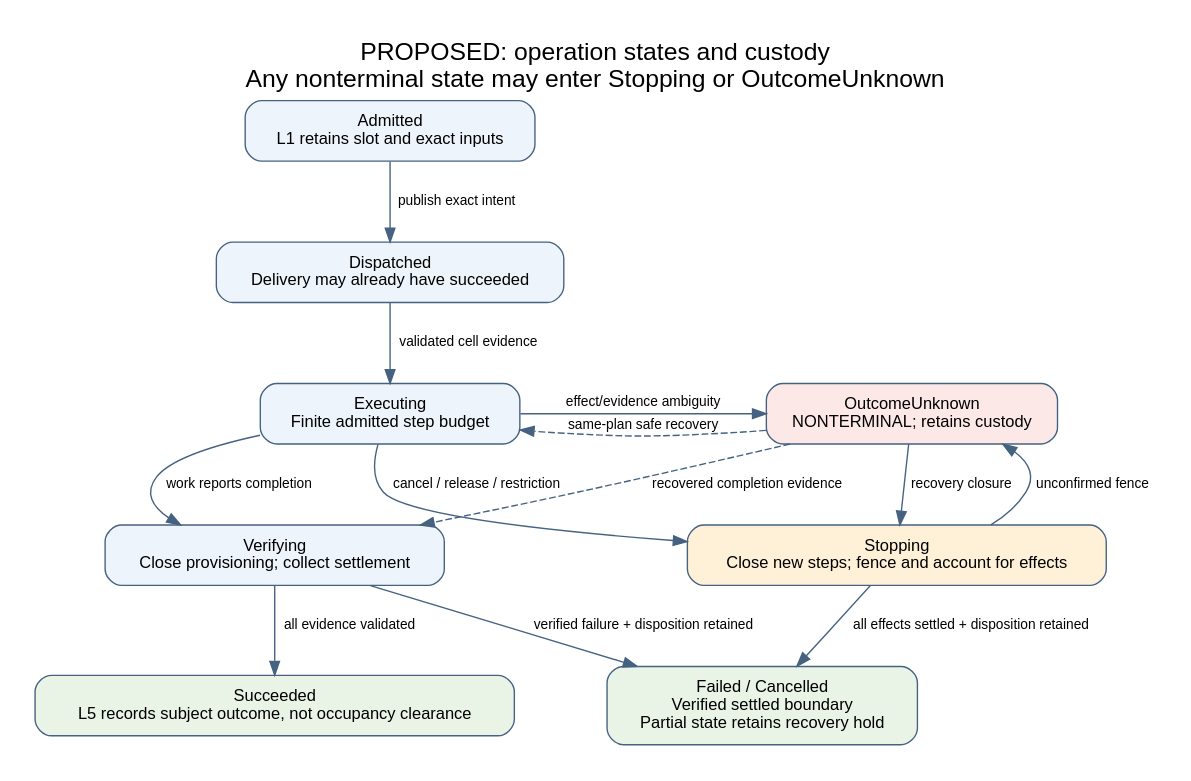
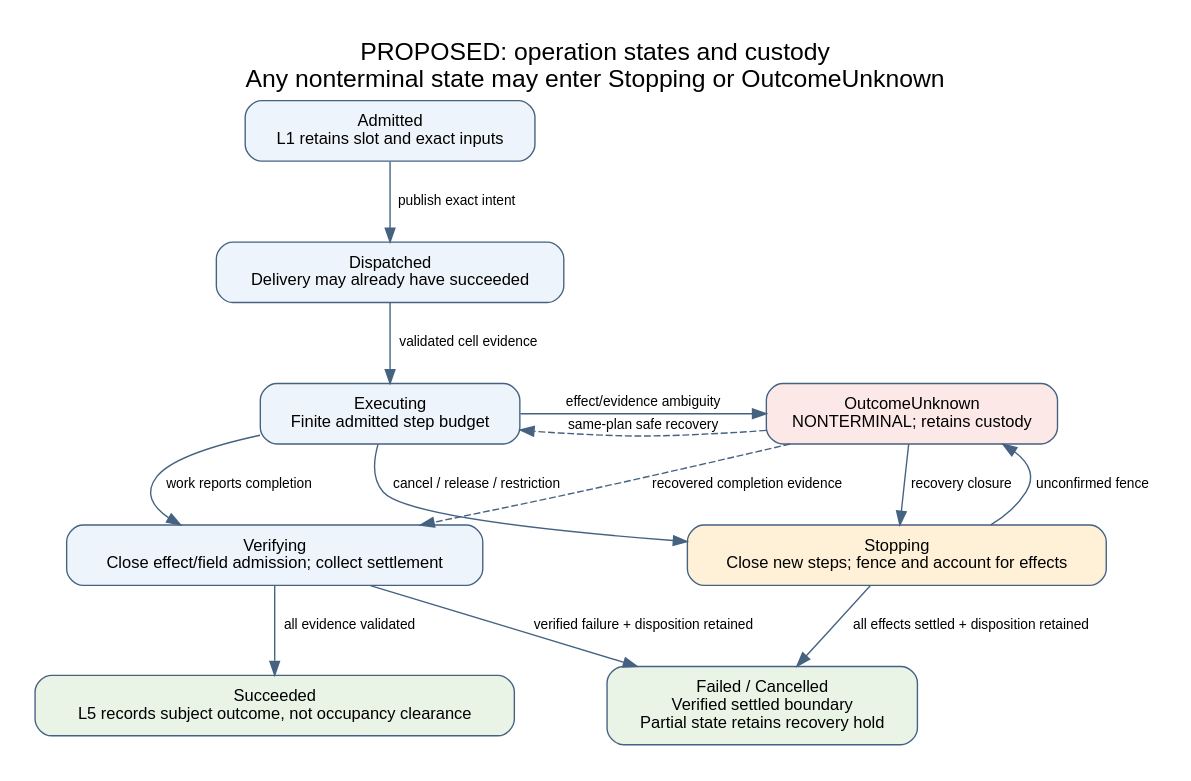
The diagram in docs/enhancements/execution-recovery/diagrams/operation-state.dot (datum-cloud/fleet), drawn with Graphviz before and after one commit. The commit also changed 5 other files, not shown here.

```diff
--- a/docs/enhancements/execution-recovery/diagrams/operation-state.dot
+++ b/docs/enhancements/execution-recovery/diagrams/operation-state.dot
@@ -1,28 +1,28 @@
 digraph operation_state {
   graph [rankdir=TB, bgcolor="white", pad="0.25", nodesep="0.55", ranksep="0.65", fontname="Helvetica", label="PROPOSED: operation states and custody\nAny nonterminal state may enter Stopping or OutcomeUnknown", labelloc=t, fontsize=18];
   node [shape=box, style="rounded,filled", fillcolor="#eef4fb", color="#456281", fontname="Helvetica", fontsize=12, margin="0.17,0.12"];
   edge [color="#456281", fontname="Helvetica", fontsize=10];
   admitted [label="Admitted\nL1 retains slot and exact inputs"];
   dispatched [label="Dispatched\nDelivery may already have succeeded"];
   executing [label="Executing\nFinite admitted step budget"];
-  verifying [label="Verifying\nClose provisioning; collect settlement"];
+  verifying [label="Verifying\nClose effect/field admission; collect settlement"];
   unknown [label="OutcomeUnknown\nNONTERMINAL; retains custody", fillcolor="#fce9e7"];
   stopping [label="Stopping\nClose new steps; fence and account for effects", fillcolor="#fff1d7"];
   success [label="Succeeded\nL5 records subject outcome, not occupancy clearance", fillcolor="#e9f3e6"];
   stopped [label="Failed / Cancelled\nVerified settled boundary\nPartial state retains recovery hold", fillcolor="#e9f3e6"];
   admitted -> dispatched [label="publish exact intent"];
   dispatched -> executing [label="validated cell evidence"];
   executing -> verifying [label="work reports completion"];
   verifying -> success [label="all evidence validated"];
   executing -> unknown [label="effect/evidence ambiguity"];
   executing -> stopping [label="cancel / release / restriction"];
   unknown -> stopping [label="recovery closure"];
   unknown -> executing [label="same-plan safe recovery", style=dashed, constraint=false];
   unknown -> verifying [label="recovered completion evidence", style=dashed, constraint=false];
   stopping -> unknown [label="unconfirmed fence"];
   stopping -> stopped [label="all effects settled + disposition retained"];
   verifying -> stopped [label="verified failure + disposition retained"];
   { rank=same; executing; unknown; }
   { rank=same; verifying; stopping; }
   { rank=same; success; stopped; }
 }
```
